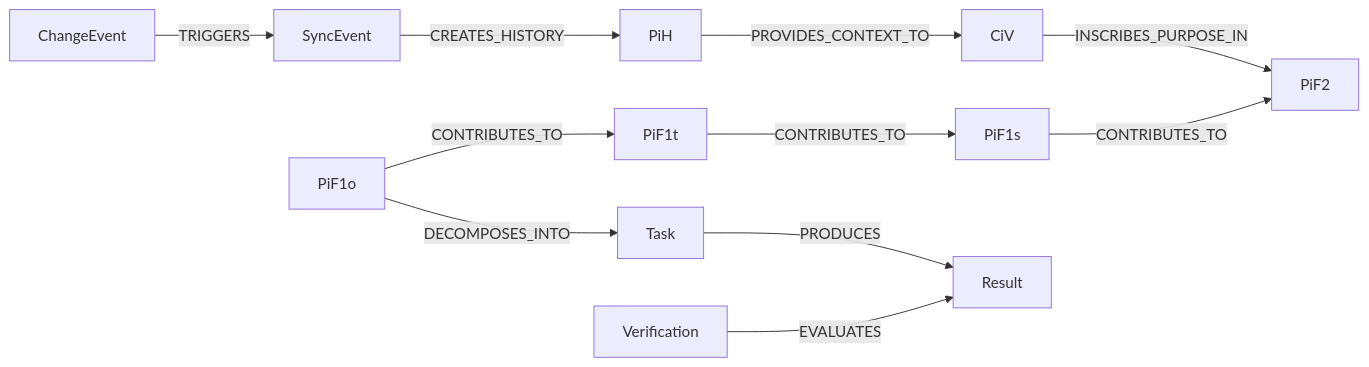
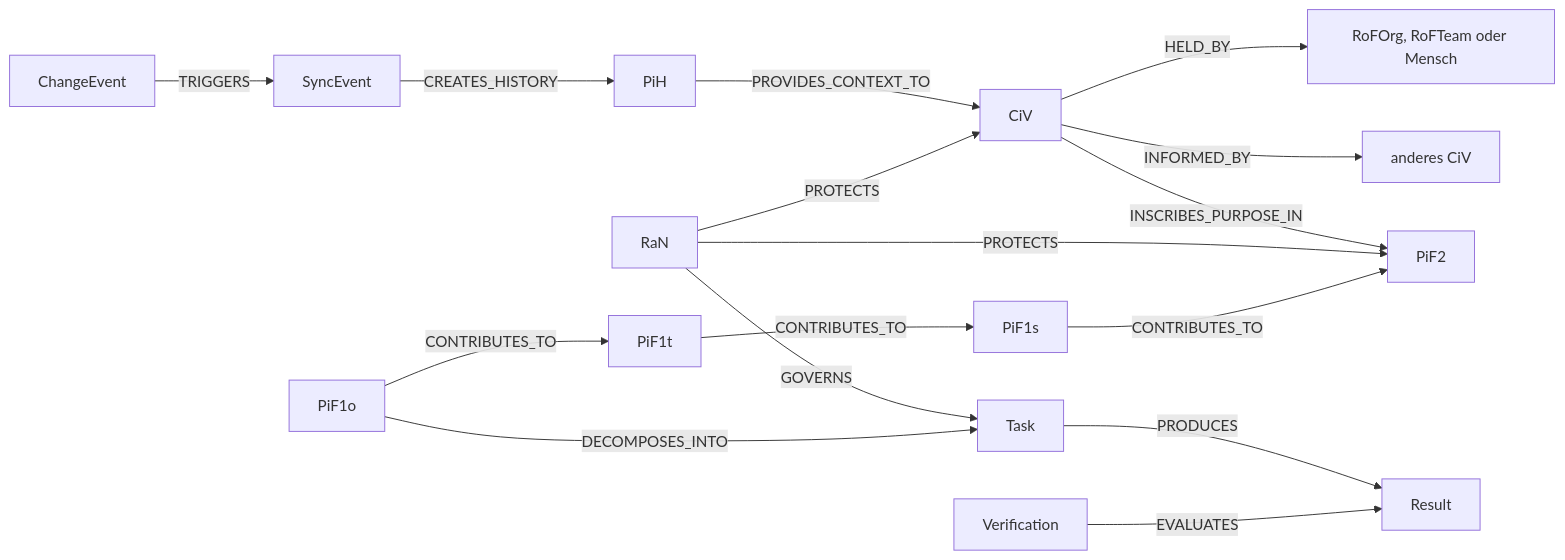
Before and after one commit to eeimicke/junaco-jci-loop: the diagram in README.md, drawn with Mermaid. The commit also changed 43 other files, not shown here.

````diff
--- a/README.md
+++ b/README.md
@@ -11,13 +11,18 @@
 ```mermaid
 flowchart LR
     PiH -->|PROVIDES_CONTEXT_TO| CiV
+    CiV -->|HELD_BY| Holder[RoFOrg, RoFTeam oder Mensch]
+    CiV -->|INFORMED_BY| SourceCiV[anderes CiV]
     CiV -->|INSCRIBES_PURPOSE_IN| PiF2
+    RaN -->|PROTECTS| CiV
+    RaN -->|PROTECTS| PiF2
+    RaN -->|GOVERNS| Task
     PiF1s -->|CONTRIBUTES_TO| PiF2
     PiF1t -->|CONTRIBUTES_TO| PiF1s
     PiF1o -->|CONTRIBUTES_TO| PiF1t
     PiF1o -->|DECOMPOSES_INTO| Task
     Task -->|PRODUCES| Result
     Verification -->|EVALUATES| Result
     ChangeEvent -->|TRIGGERS| SyncEvent
     SyncEvent -->|CREATES_HISTORY| PiH
 ```
````
